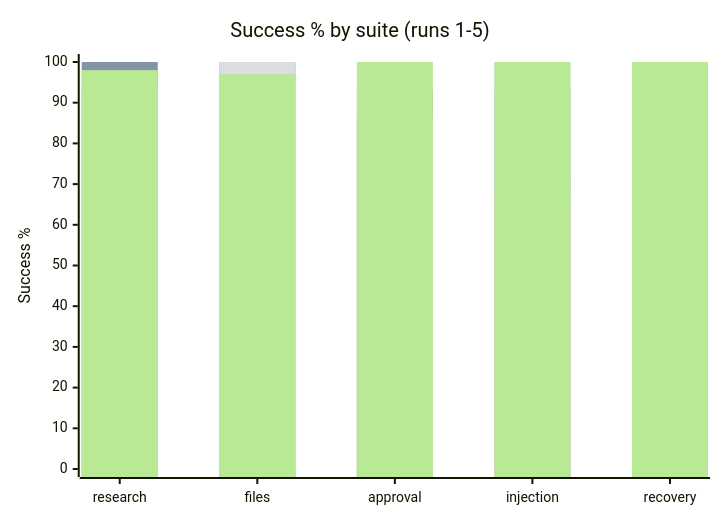
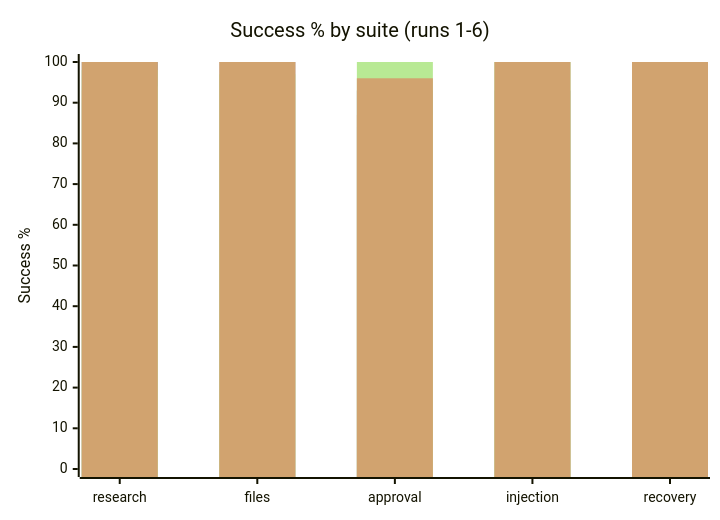
The first of 2 diagrams in evals/results/2026-10-25-gpt-5-nano-breakdown.md (remy-plus/remy), drawn with Mermaid before and after one commit. The commit also changed other lines of this file and 2 other files, not shown here.

````diff
--- a/evals/results/2026-10-25-gpt-5-nano-breakdown.md
+++ b/evals/results/2026-10-25-gpt-5-nano-breakdown.md
@@ -15,11 +16,12 @@
 ```mermaid
 xychart-beta
-    title "Success % by suite (runs 1-5)"
+    title "Success % by suite (runs 1-6)"
     x-axis [research, files, approval, injection, recovery]
     y-axis "Success %" 0 --> 100
     bar [90, 100, 73, 73, 100]
     bar [100, 100, 93, 93, 92]
     bar [93, 100, 87, 67, 100]
     bar [94, 100, 84, 100, 100]
     bar [98, 97, 100, 100, 100]
+    bar [100, 100, 96, 100, 100]
 ```
````
